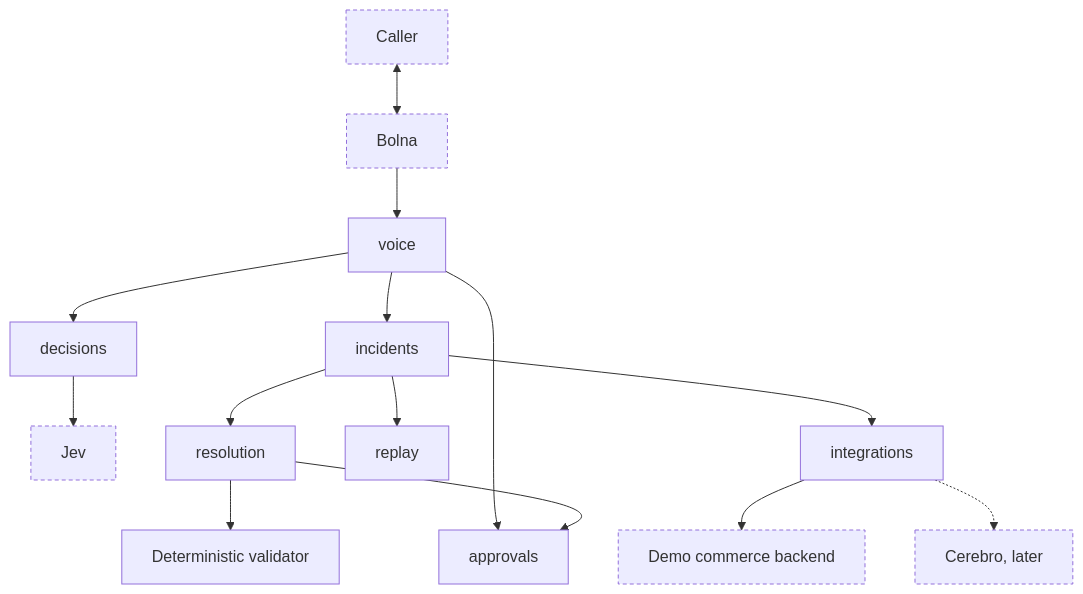
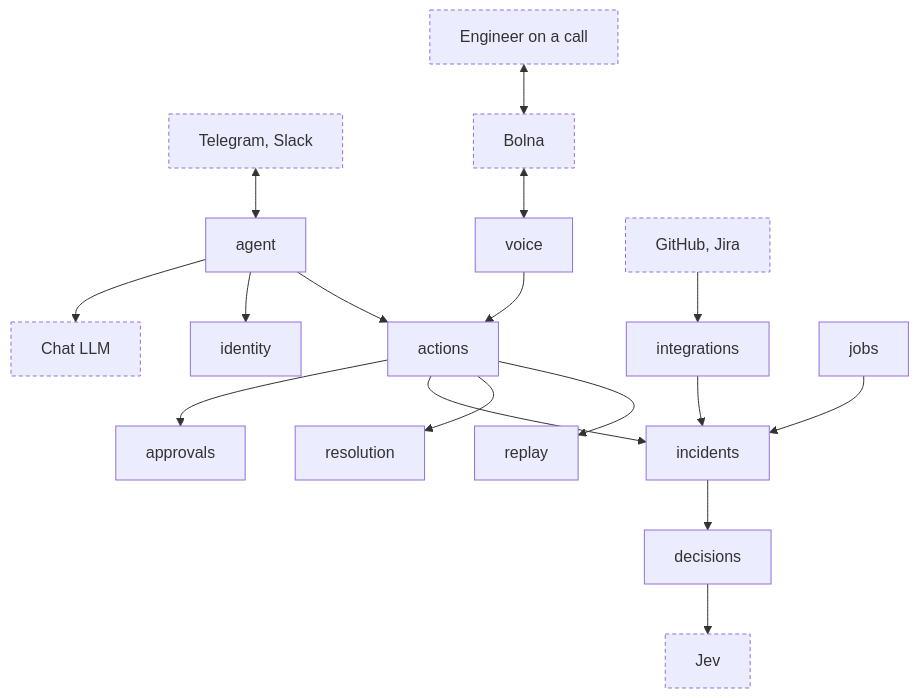
One commit to shreya-mishra325/svaar changed the first of 3 diagrams in plans/PLAN.md. Above: the diagram before and after it, drawn with Mermaid. The commit also changed other lines of this file, not shown here.

Commit message:
fixed deployment and cerebro conflict

````diff
--- a/plans/PLAN.md
+++ b/plans/PLAN.md
@@ -58,19 +86,22 @@
 ```mermaid
 flowchart TD
-    Caller["Caller"] <--> Bolna["Bolna"]
-    Bolna --> Voice["voice"]
-    Voice --> Incidents["incidents"]
-    Voice --> Decisions["decisions"]
-    Voice --> Approvals["approvals"]
+    Chat["Telegram, Slack"] <--> Agent["agent"]
+    Agent --> LLM["Chat LLM"]
+    Agent --> Identity["identity"]
+    Agent --> Actions["actions"]
+    Caller["Engineer on a call"] <--> Bolna["Bolna"]
+    Bolna <--> Voice["voice"]
+    Voice --> Actions
+    Actions --> Approvals["approvals"]
+    Actions --> Incidents["incidents"]
+    Actions --> Resolution["resolution"]
+    Actions --> Replay["replay"]
+    Incidents --> Decisions["decisions"]
     Decisions --> Jev["Jev"]
-    Incidents --> Resolution["resolution"]
-    Resolution --> Validator["Deterministic validator"]
-    Resolution --> Approvals
-    Incidents --> Replay["replay"]
-    Incidents --> Integrations["integrations"]
-    Integrations --> Commerce["Demo commerce backend"]
-    Integrations -.-> Cerebro["Cerebro, later"]
+    Sources["GitHub, Jira"] --> Integrations["integrations"]
+    Integrations --> Incidents
+    Jobs["jobs"] --> Incidents
 
     classDef external stroke-dasharray: 4 3
-    class Caller,Bolna,Jev,Commerce,Cerebro external
+    class Chat,LLM,Caller,Bolna,Jev,Sources external
 ```
````
